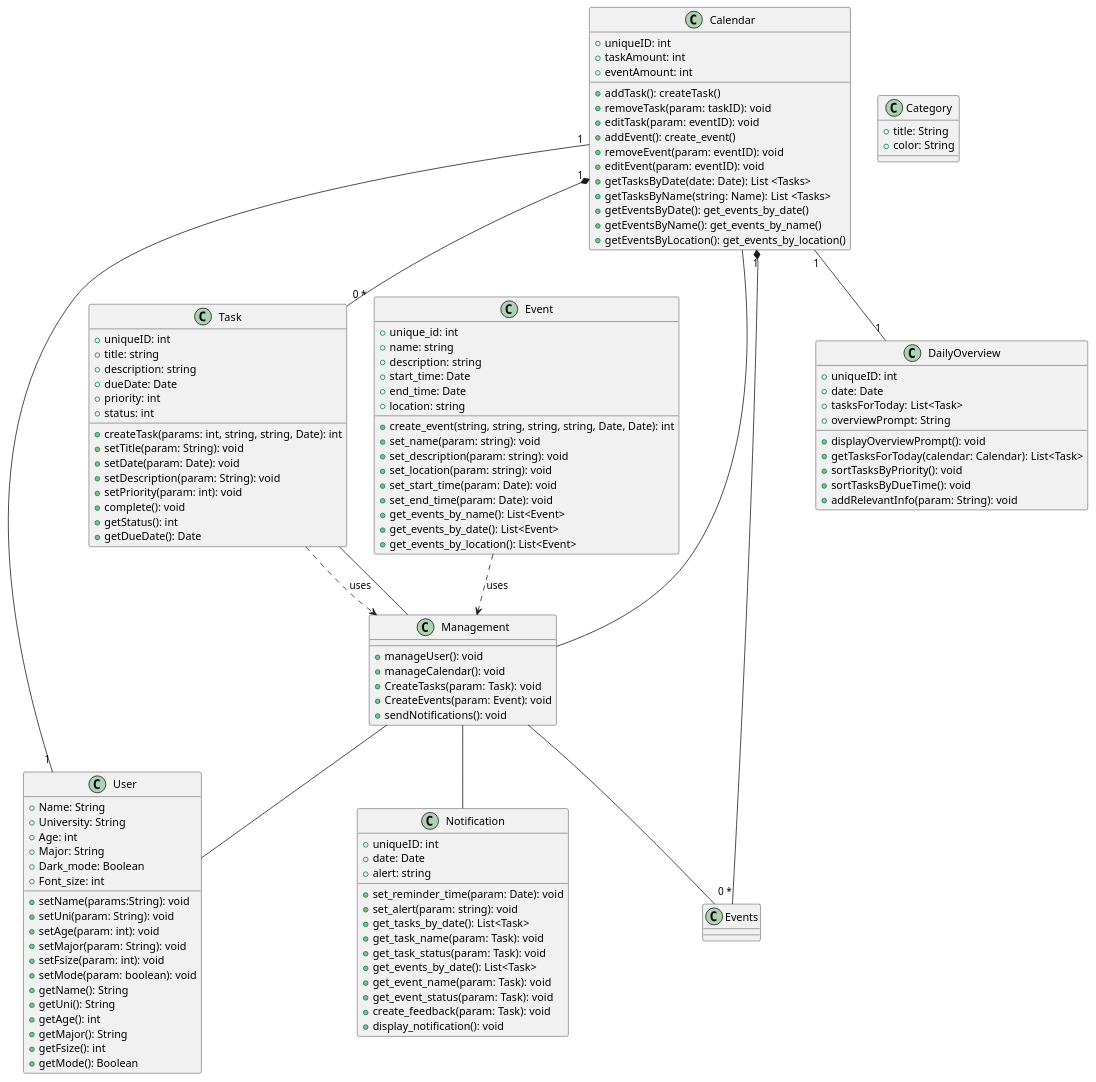
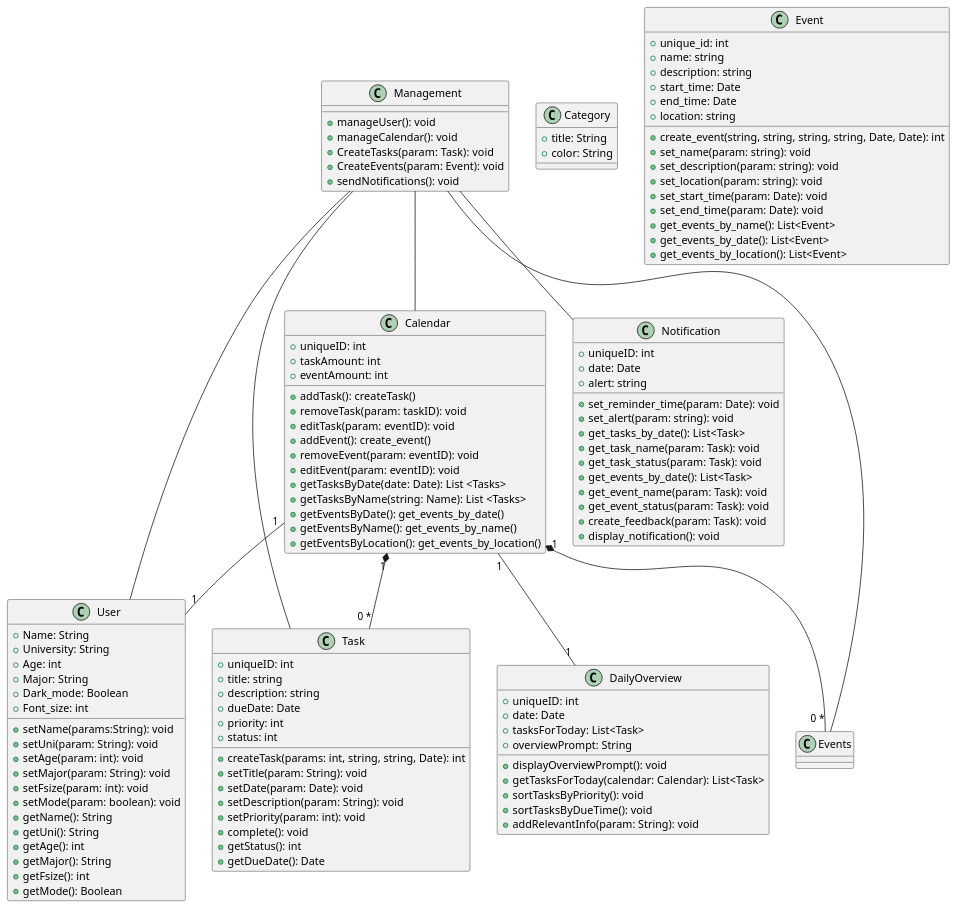
One commit to CS361-2024Fall-Term/Innovators changed the diagram in assignment6/Diagram.puml. Above: the diagram before and after it, drawn with PlantUML.

```diff
--- a/assignment6/Diagram.puml
+++ b/assignment6/Diagram.puml
@@ -1,134 +1,132 @@
 @startuml
 
 class User {
   +Name: String
   +University: String
   +Age: int
   +Major: String
   +Dark_mode: Boolean
   +Font_size: int
   +setName(params:String): void
   +setUni(param: String): void
   +setAge(param: int): void
   +setMajor(param: String): void
   +setFsize(param: int): void
   +setMode(param: boolean): void
   +getName(): String
   +getUni(): String
   +getAge(): int
   +getMajor(): String
   +getFsize(): int
   +getMode(): Boolean
  
 }
 
 class Calendar {
   +uniqueID: int  
   +taskAmount: int
   +eventAmount: int
   +addTask(): createTask()
   +removeTask(param: taskID): void
   +editTask(param: eventID): void
   +addEvent(): create_event()
   +removeEvent(param: eventID): void
   +editEvent(param: eventID): void
   +getTasksByDate(date: Date): List <Tasks>
   +getTasksByName(string: Name): List <Tasks>
   +getEventsByDate(): get_events_by_date()
   +getEventsByName(): get_events_by_name()
   +getEventsByLocation(): get_events_by_location()
 }
 
 class Task {
   +uniqueID: int
   +title: string
   +description: string
   +dueDate: Date
   +priority: int
   +status: int
   +createTask(params: int, string, string, Date): int
   +setTitle(param: String): void
   +setDate(param: Date): void
   +setDescription(param: String): void
   +setPriority(param: int): void
   +complete(): void
   +getStatus(): int
   +getDueDate(): Date
 }
 
 class Category {
   +title: String
   +color: String
 }
 
 class Notification {
   +uniqueID: int  
   +date: Date
   +alert: string
   
   +set_reminder_time(param: Date): void
   +set_alert(param: string): void
   +get_tasks_by_date(): List<Task>
   +get_task_name(param: Task): void
   +get_task_status(param: Task): void
   +get_events_by_date(): List<Task>
   +get_event_name(param: Task): void
   +get_event_status(param: Task): void
   +create_feedback(param: Task): void
   +display_notification(): void
 }
 
 class Event {
   +unique_id: int  
   +name: string
   +description: string
   +start_time: Date
   +end_time: Date
   +location: string
   +create_event(string, string, string, string, Date, Date): int
   +set_name(param: string): void
   +set_description(param: string): void
   +set_location(param: string): void
   +set_start_time(param: Date): void
   +set_end_time(param: Date): void
   +get_events_by_name(): List<Event>
   +get_events_by_date(): List<Event>
   +get_events_by_location(): List<Event>
 }
 
 class DailyOverview {
     +uniqueID: int
     +date: Date
     +tasksForToday: List<Task>
     +overviewPrompt: String
 
     +displayOverviewPrompt(): void
     +getTasksForToday(calendar: Calendar): List<Task>
     +sortTasksByPriority(): void
     +sortTasksByDueTime(): void
     +addRelevantInfo(param: String): void
 }
 
 class Management {
   +manageUser(): void
   +manageCalendar(): void
   +CreateTasks(param: Task): void
   +CreateEvents(param: Event): void
   +sendNotifications(): void
 }
 
 Management -- User
 Management -- Calendar
 Management -- Task
 Management -- Events
 Management -- Notification
 
 Calendar "1" -- "1" User
 Calendar "1" *-- "0 *" Task
 Calendar "1" *-- "0 *" Events
-Task ..> Management: uses
-Event ..> Management: uses
 Calendar "1" -- "1" DailyOverview
 
 
 @enduml
```
